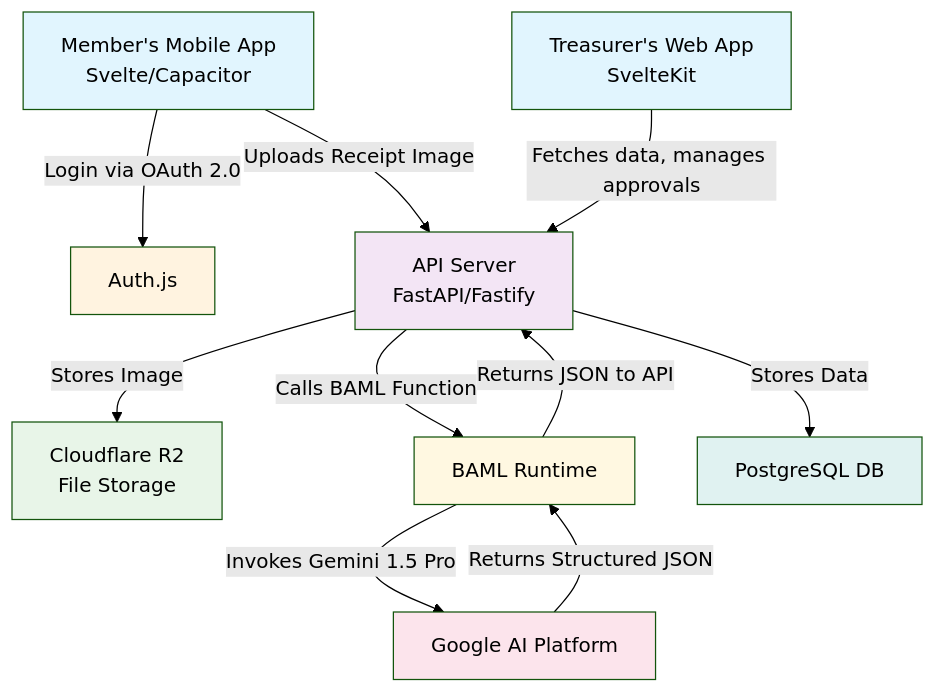
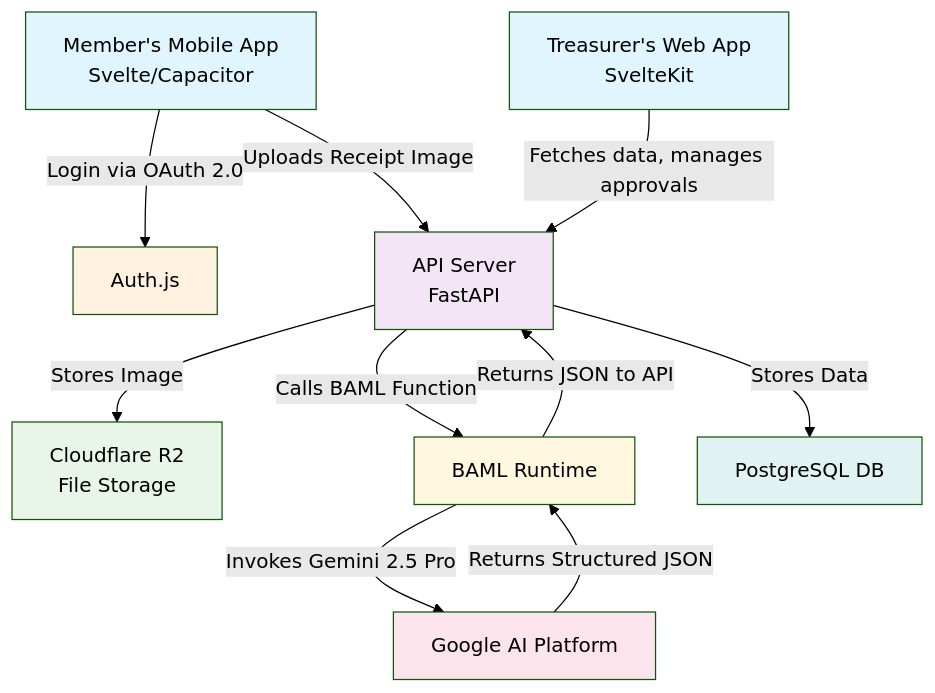
Before and after one commit to daniel-m7/GoodStewards: the first of 2 diagrams in docs/technical_architecture.md, drawn with Mermaid (forest theme). The commit also changed other lines of this file and 8 other files, not shown here.

````diff
--- a/docs/technical_architecture.md
+++ b/docs/technical_architecture.md
@@ -54,24 +54,24 @@
 ```mermaid
 graph TD
     A[Member's Mobile App<br/>Svelte/Capacitor] -->|Login via OAuth 2.0| B[Auth.js]
-    A -->|Uploads Receipt Image| C[API Server<br/>FastAPI/Fastify]
+    A -->|Uploads Receipt Image| C[API Server<br/>FastAPI]
     
     H[Treasurer's Web App<br/>SvelteKit] -->|Fetches data, manages approvals| C
     
     C -->|Stores Image| D[Cloudflare R2<br/>File Storage]
     C -->|Calls BAML Function| E[BAML Runtime]
     C -->|Stores Data| G[PostgreSQL DB]
     
-    E -->|Invokes Gemini 1.5 Pro| F[Google AI Platform]
+    E -->|Invokes Gemini 2.5 Pro| F[Google AI Platform]
     F -->|Returns Structured JSON| E
     E -->|Returns JSON to API| C
     
     style A fill:#e1f5fe,color:#000000
     style H fill:#e1f5fe,color:#000000
     style C fill:#f3e5f5,color:#000000
     style B fill:#fff3e0,color:#000000
     style D fill:#e8f5e8,color:#000000
     style E fill:#fff8e1,color:#000000
     style F fill:#fce4ec,color:#000000
     style G fill:#e0f2f1,color:#000000
 ```
````
